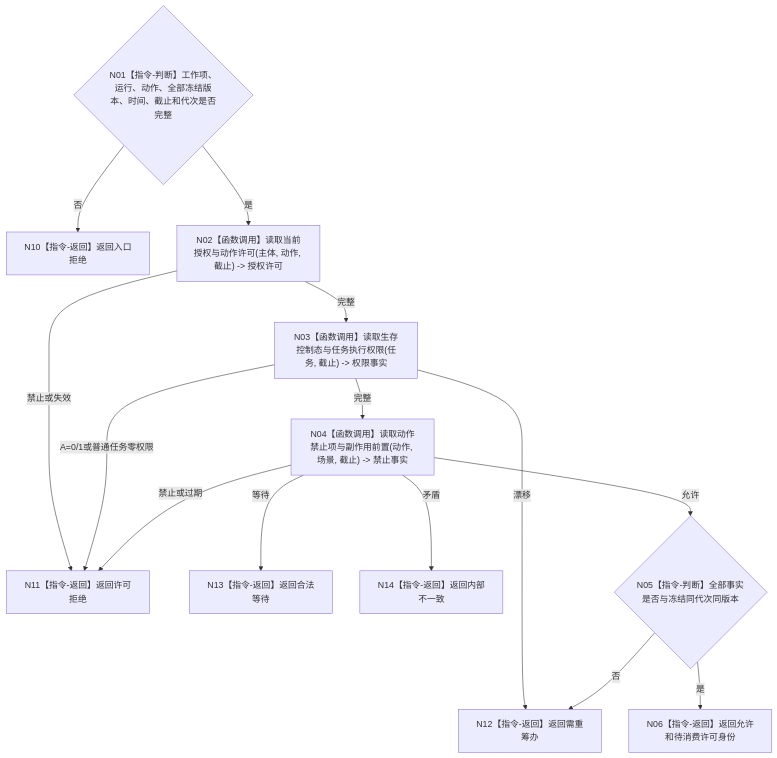
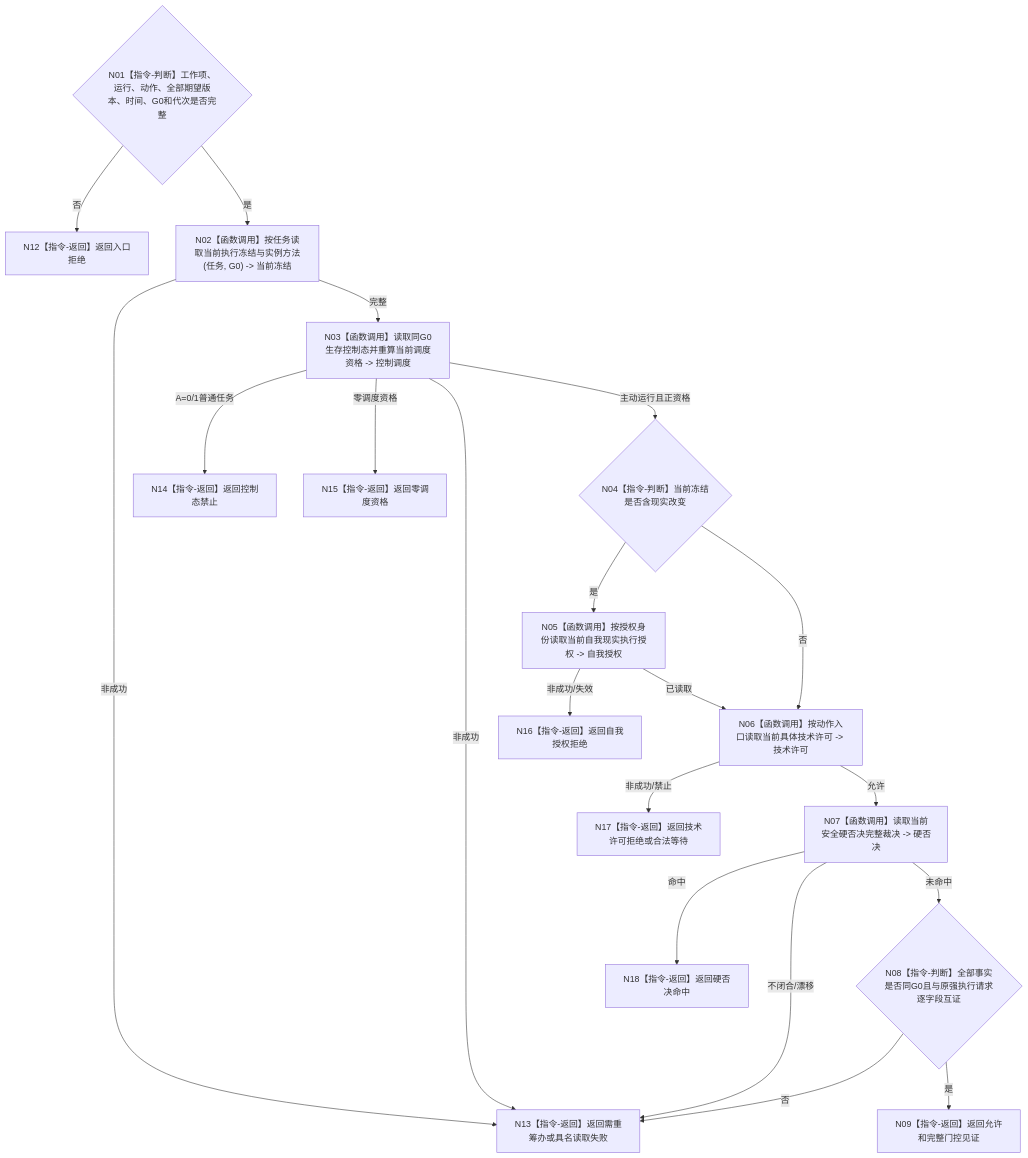
The diagram in 流程图/目标业务流程图/L4/BIZ-L4-004-07-02-02_读取动作开始治理事实_目标函数流程图_v0.1.md (chunhaizh-cyber/HY-Ego), drawn with Mermaid before and after one commit. The commit also changed other lines of this file and 35 other files, not shown here.

````diff
--- a/流程图/目标业务流程图/L4/BIZ-L4-004-07-02-02_读取动作开始治理事实_目标函数流程图_v0.1.md
+++ b/流程图/目标业务流程图/L4/BIZ-L4-004-07-02-02_读取动作开始治理事实_目标函数流程图_v0.1.md
@@ -30,16 +30,22 @@
 ```mermaid
 flowchart TD
- N01{"N01【指令-判断】工作项、运行、动作、全部冻结版本、时间、截止和代次是否完整"} -->|否| N10["N10【指令-返回】返回入口拒绝"]
- N01 -->|是| N02["N02【函数调用】读取当前授权与动作许可(主体, 动作, 截止) -> 授权许可"]
- N02 -->|禁止或失效| N11["N11【指令-返回】返回许可拒绝"]
- N02 -->|完整| N03["N03【函数调用】读取生存控制态与任务执行权限(任务, 截止) -> 权限事实"]
- N03 -->|A=0/1或普通任务零权限| N11
- N03 -->|漂移| N12["N12【指令-返回】返回需重筹办"]
- N03 -->|完整| N04["N04【函数调用】读取动作禁止项与副作用前置(动作, 场景, 截止) -> 禁止事实"]
- N04 -->|等待| N13["N13【指令-返回】返回合法等待"]
- N04 -->|禁止或过期| N11
- N04 -->|矛盾| N14["N14【指令-返回】返回内部不一致"]
- N04 -->|允许| N05{"N05【指令-判断】全部事实是否与冻结同代次同版本"}
- N05 -->|否| N12
- N05 -->|是| N06["N06【指令-返回】返回允许和待消费许可身份"]
+ N01{"N01【指令-判断】工作项、运行、动作、全部期望版本、时间、G0和代次是否完整"} -->|否| N12["N12【指令-返回】返回入口拒绝"]
+ N01 -->|是| N02["N02【函数调用】按任务读取当前执行冻结与实例方法(任务, G0) -> 当前冻结"]
+ N02 -->|非成功| N13["N13【指令-返回】返回需重筹办或具名读取失败"]
+ N02 -->|完整| N03["N03【函数调用】读取同G0生存控制态并重算当前调度资格 -> 控制调度"]
+ N03 -->|A=0/1普通任务| N14["N14【指令-返回】返回控制态禁止"]
+ N03 -->|零调度资格| N15["N15【指令-返回】返回零调度资格"]
+ N03 -->|非成功| N13
+ N03 -->|主动运行且正资格| N04{"N04【指令-判断】当前冻结是否含现实改变"}
+ N04 -->|是| N05["N05【函数调用】按授权身份读取当前自我现实执行授权 -> 自我授权"]
+ N05 -->|非成功/失效| N16["N16【指令-返回】返回自我授权拒绝"]
+ N05 -->|已读取| N06
+ N04 -->|否| N06["N06【函数调用】按动作入口读取当前具体技术许可 -> 技术许可"]
+ N06 -->|非成功/禁止| N17["N17【指令-返回】返回技术许可拒绝或合法等待"]
+ N06 -->|允许| N07["N07【函数调用】读取当前安全硬否决完整裁决 -> 硬否决"]
+ N07 -->|命中| N18["N18【指令-返回】返回硬否决命中"]
+ N07 -->|不闭合/漂移| N13
+ N07 -->|未命中| N08{"N08【指令-判断】全部事实是否同G0且与原强执行请求逐字段互证"}
+ N08 -->|否| N13
+ N08 -->|是| N09["N09【指令-返回】返回允许和完整门控见证"]
 ```
````
